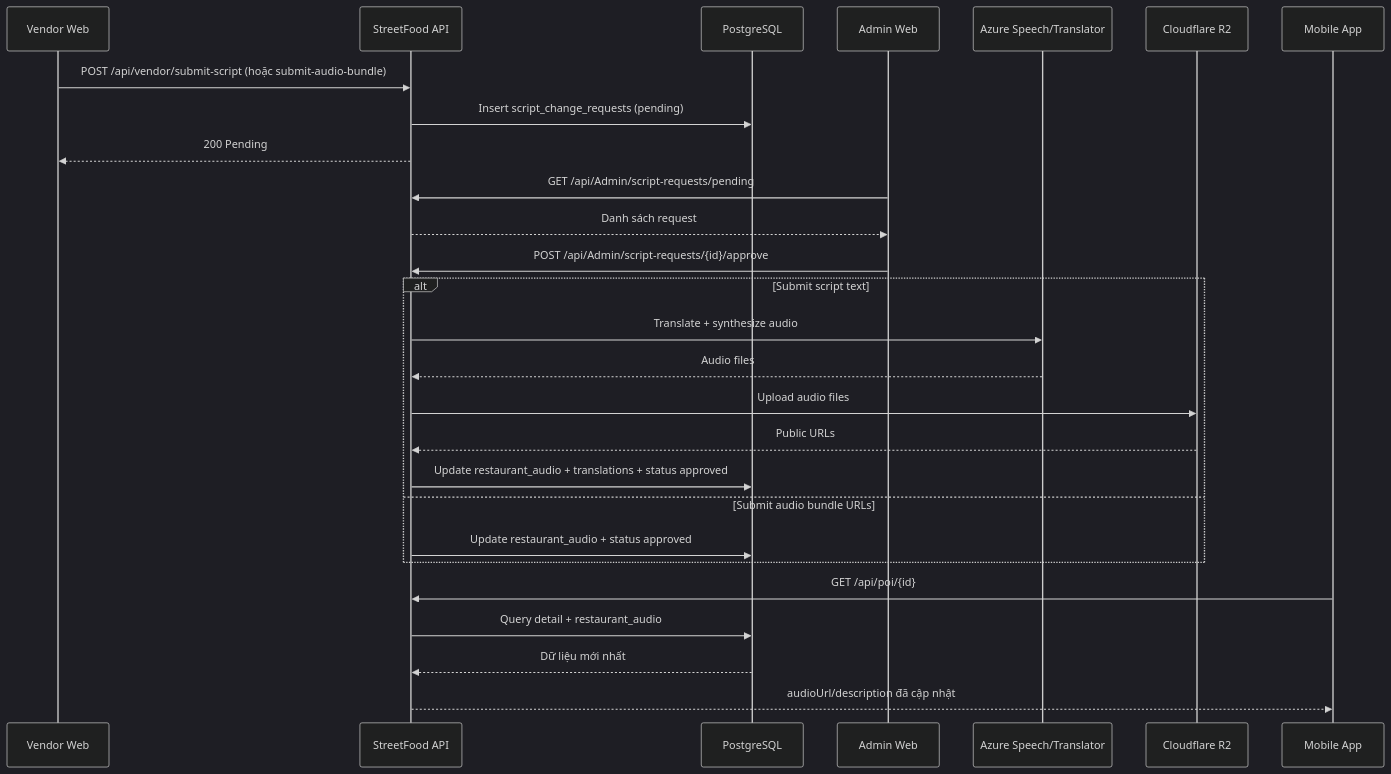
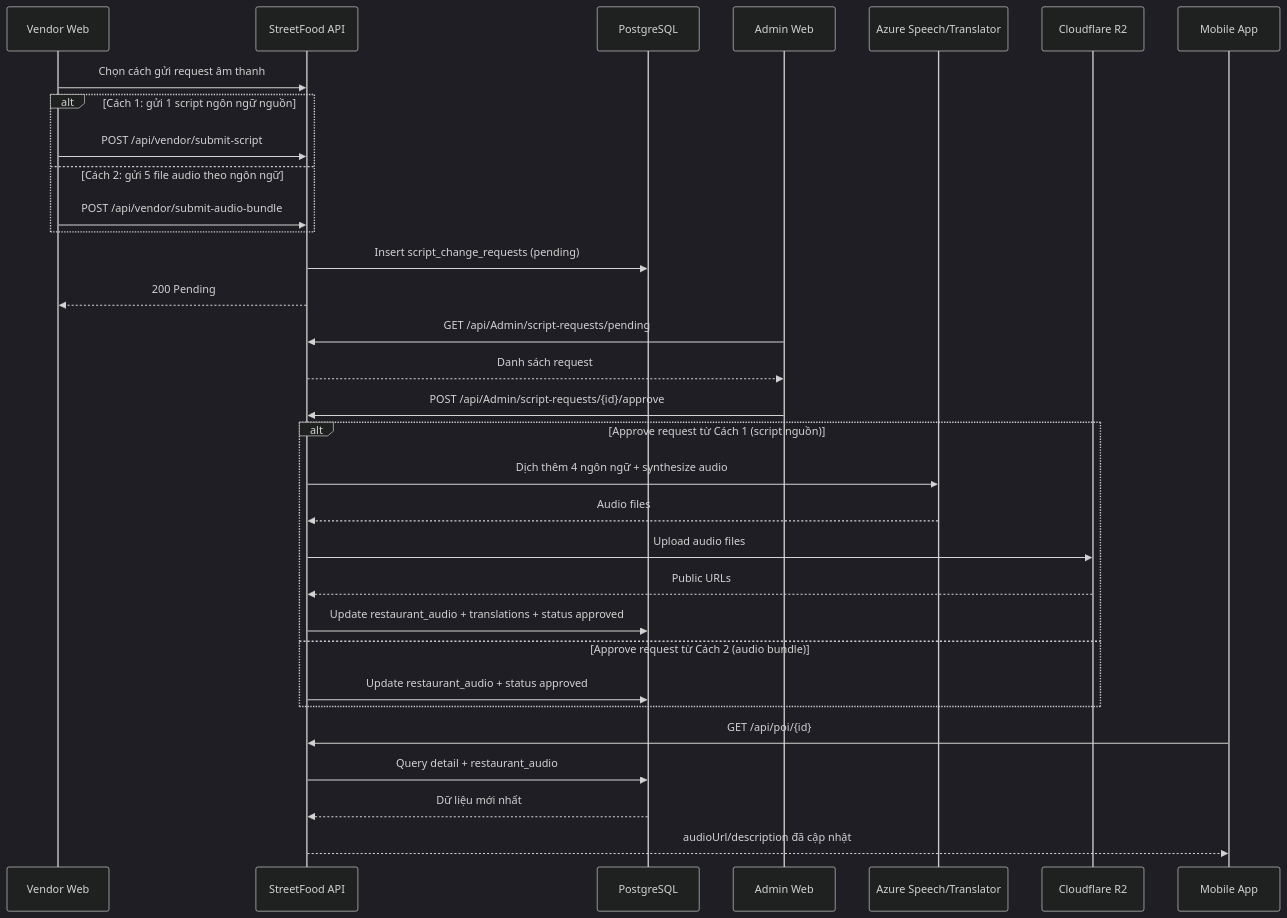
The seventh of 27 diagrams in prd.md (NguyenPhuc-Du/StreetFood), drawn with Mermaid (dark theme) before and after one commit. The commit also changed other lines of this file, not shown here.

````diff
--- a/prd.md
+++ b/prd.md
@@ -532,33 +597,38 @@
 ```mermaid
 sequenceDiagram
     participant V as Vendor Web
     participant API as StreetFood API
     participant DB as PostgreSQL
     participant A as Admin Web
     participant TTS as Azure Speech/Translator
     participant R2 as Cloudflare R2
     participant M as Mobile App
 
-    V->>API: POST /api/vendor/submit-script (hoặc submit-audio-bundle)
+    V->>API: Chọn cách gửi request âm thanh
+    alt Cách 1: gửi 1 script ngôn ngữ nguồn
+        V->>API: POST /api/vendor/submit-script
+    else Cách 2: gửi 5 file audio theo ngôn ngữ
+        V->>API: POST /api/vendor/submit-audio-bundle
+    end
     API->>DB: Insert script_change_requests (pending)
     API-->>V: 200 Pending
 
     A->>API: GET /api/Admin/script-requests/pending
     API-->>A: Danh sách request
     A->>API: POST /api/Admin/script-requests/{id}/approve
 
-    alt Submit script text
-        API->>TTS: Translate + synthesize audio
+    alt Approve request từ Cách 1 (script nguồn)
+        API->>TTS: Dịch thêm 4 ngôn ngữ + synthesize audio
         TTS-->>API: Audio files
         API->>R2: Upload audio files
         R2-->>API: Public URLs
         API->>DB: Update restaurant_audio + translations + status approved
-    else Submit audio bundle URLs
+    else Approve request từ Cách 2 (audio bundle)
         API->>DB: Update restaurant_audio + status approved
     end
 
     M->>API: GET /api/poi/{id}
     API->>DB: Query detail + restaurant_audio
     DB-->>API: Dữ liệu mới nhất
     API-->>M: audioUrl/description đã cập nhật
 ```
````
